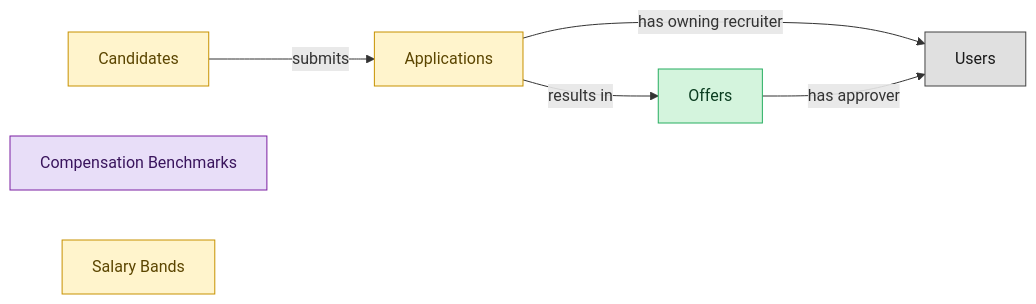
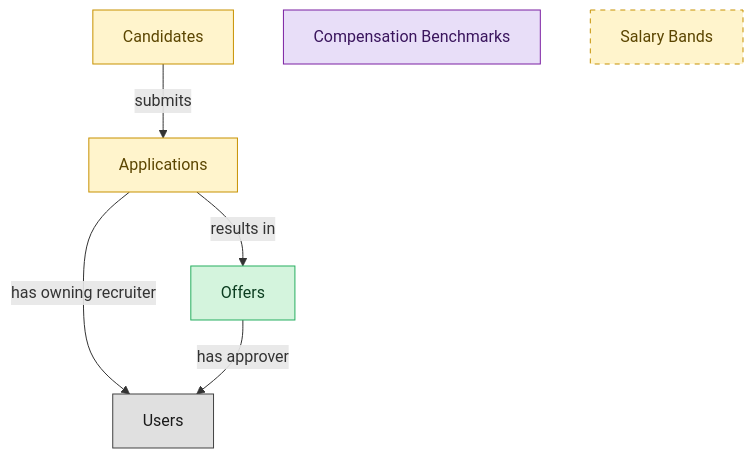
The diagram in blueprints/ats-offers-semantic-blueprint.md (semantius/semantius), drawn with Mermaid before and after one commit. The commit also changed other lines of this file and 31 other files, not shown here.

````diff
--- a/blueprints/ats-offers-semantic-blueprint.md
+++ b/blueprints/ats-offers-semantic-blueprint.md
@@ -30,23 +30,24 @@
 ```mermaid
-flowchart LR
+flowchart TD
   classDef master fill:#d4f4dd,stroke:#27ae60,color:#0b3d20;
   classDef embedded_master fill:#fff4cc,stroke:#c79100,color:#5b4500;
   classDef consumer fill:#e8def8,stroke:#7b1fa2,color:#3a155d;
   classDef platform_builtin fill:#e0e0e0,stroke:#424242,color:#1a1a1a;
   job_offers["Offers"]
   candidates["Candidates"]
   job_applications["Applications"]
   compensation_benchmarks["Compensation Benchmarks"]
   salary_bands["Salary Bands"]
   users["Users"]
   candidates -->|"submits"| job_applications
   job_applications -->|"results in"| job_offers
   job_applications -->|"has owning recruiter"| users
   job_offers -->|"has approver"| users
   class job_offers master;
   class candidates embedded_master;
   class job_applications embedded_master;
   class compensation_benchmarks consumer;
   class salary_bands embedded_master;
   class users platform_builtin;
+  style salary_bands stroke-dasharray:5 5;
 ```
````
